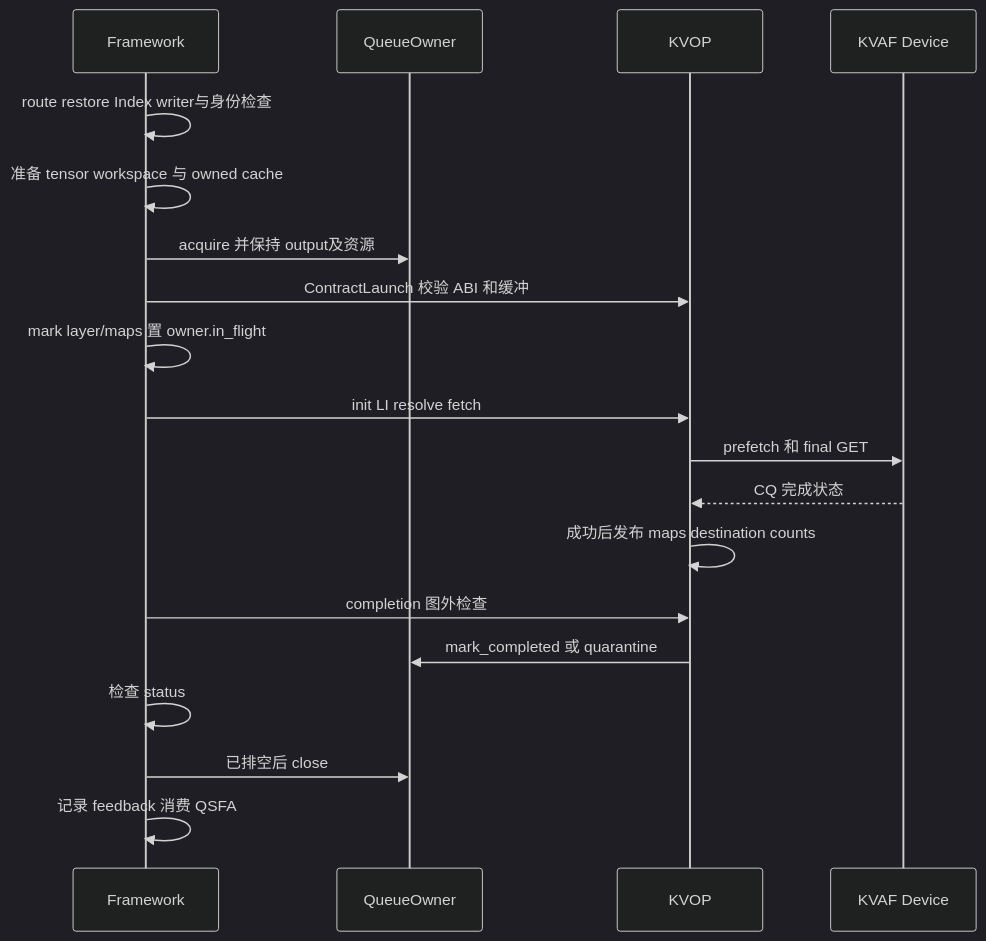
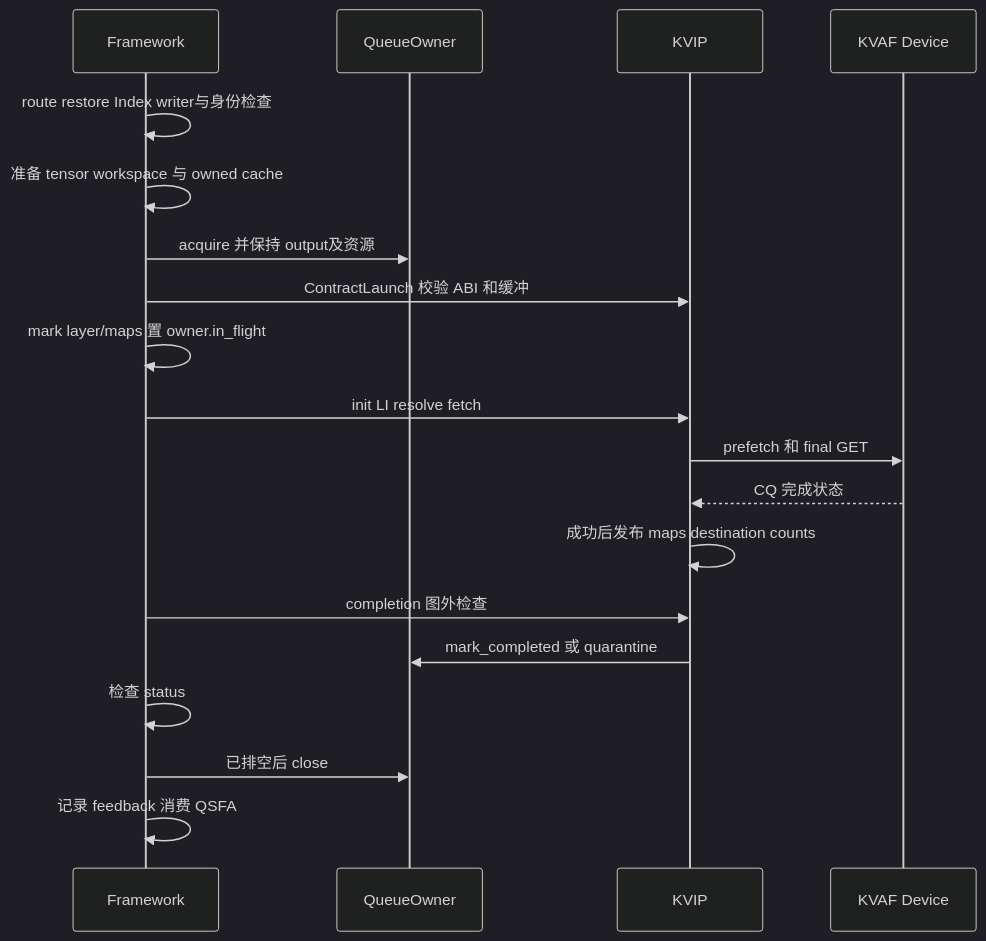
Before and after one commit to zxdgongjue-spec/KVIP: the third of 3 diagrams in docs/design_reference/契约链设计与扩展性分析.md, drawn with Mermaid (dark theme). The commit also changed other lines of this file and 74 other files, not shown here.

````diff
--- a/docs/design_reference/契约链设计与扩展性分析.md
+++ b/docs/design_reference/契约链设计与扩展性分析.md
@@ -86,21 +86,21 @@
 ```mermaid
 sequenceDiagram
   participant F as Framework
   participant O as QueueOwner
-  participant V as KVOP
+  participant V as KVIP
   participant K as KVAF Device
   F->>F: route restore Index writer与身份检查
   F->>F: 准备 tensor workspace 与 owned cache
   F->>O: acquire 并保持 output及资源
   F->>V: ContractLaunch 校验 ABI 和缓冲
   F->>F: mark layer/maps 置 owner.in_flight
   F->>V: init LI resolve fetch
   V->>K: prefetch 和 final GET
   K-->>V: CQ 完成状态
   V->>V: 成功后发布 maps destination counts
   F->>V: completion 图外检查
   V->>O: mark_completed 或 quarantine
   F->>F: 检查 status
   F->>O: 已排空后 close
   F->>F: 记录 feedback 消费 QSFA
 ```
````
